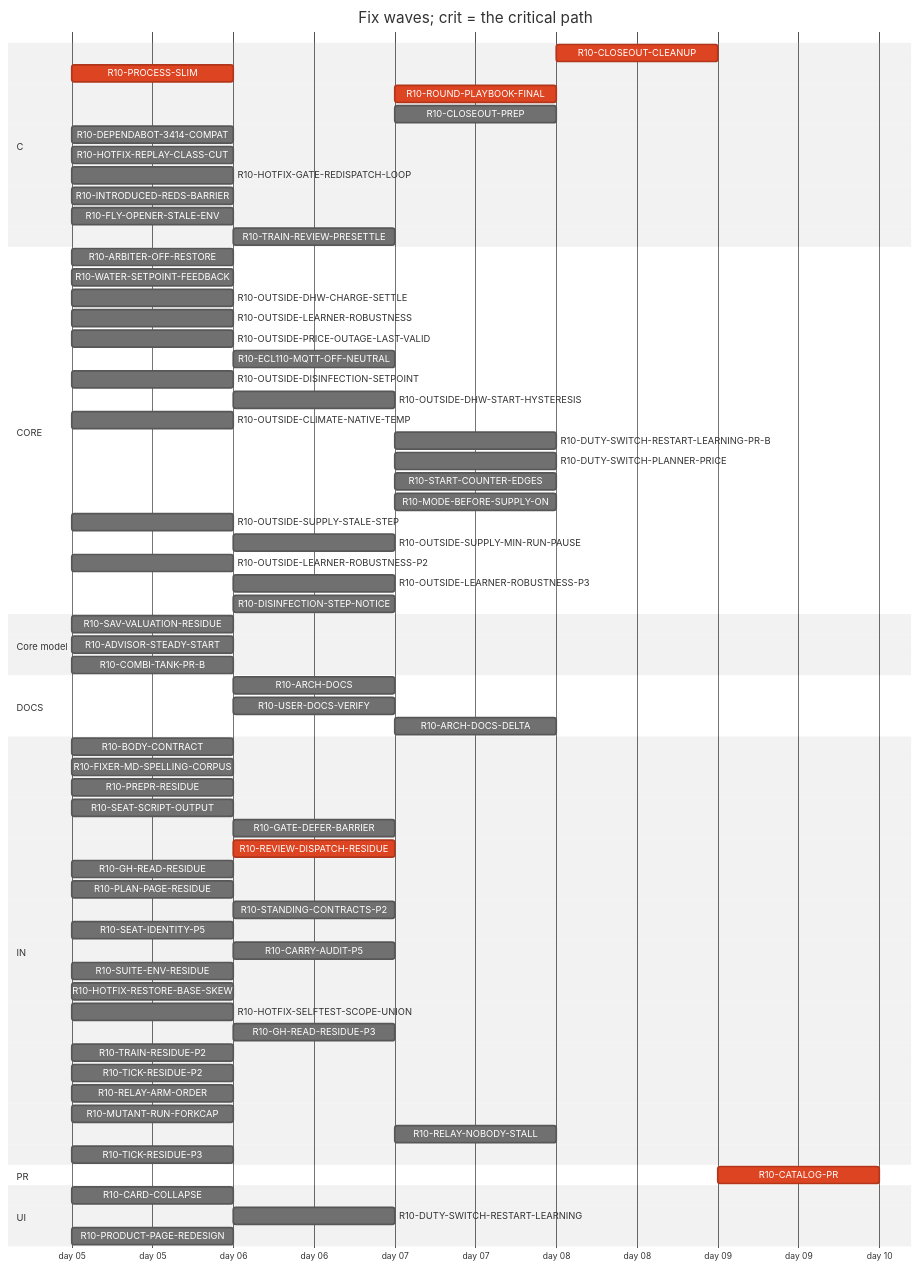
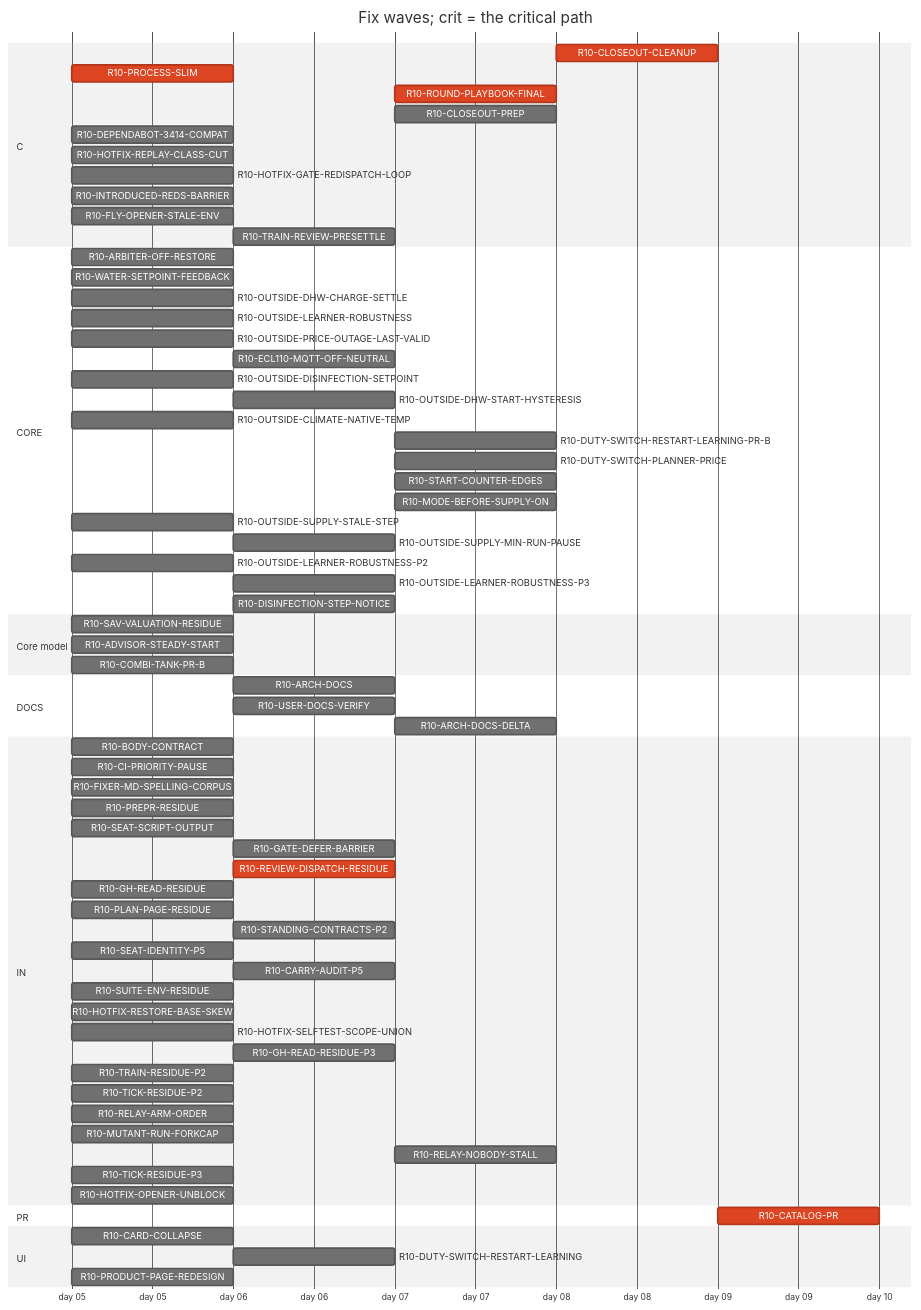
The diagram in handoff/round10/state/PLAN-TABLE.md (tvofi/heatpump_optimizer), drawn with Mermaid (neutral theme) before and after one commit. The commit also changed other lines of this file and 4 other files, not shown here.

Commit message:
state: FLOW-BOARD.md, NEXT-SESSION-PROMPT.md, PLAN-TABLE.md, PLAN.html, RESUME-CURRENT.md regenerated (state_docs.py)

````diff
--- a/handoff/round10/state/PLAN-TABLE.md
+++ b/handoff/round10/state/PLAN-TABLE.md
@@ -20,72 +20,74 @@
 ```mermaid
 gantt
   title Fix waves; crit = the critical path
   dateFormat YYYY-MM-DD
   axisFormat day %d
   section C
     R10-CLOSEOUT-CLEANUP :crit, r10CLOSEOUTCLEANUP, after r10ARCHDOCS r10USERDOCSVERIFY r10ROUNDPLAYBOOKFINAL r10CLOSEOUTPREP r10ARCHDOCSDELTA, 1d
     R10-PROCESS-SLIM :crit, r10PROCESSSLIM, 2026-01-05, 1d
     R10-ROUND-PLAYBOOK-FINAL :crit, r10ROUNDPLAYBOOKFINAL, after r10BODYCONTRACT r10PROCESSSLIM r10FIXERMDSPELLINGCORPUS r10PREPRRESIDUE r10SEATSCRIPTOUTPUT r10REVIEWDISPATCHRESIDUE r10CARRYAUDITP5 r10SEATIDENTITYP5 r10STANDINGCONTRACTSP2 r10PLANPAGERESIDUE r10GHREADRESIDUE r10SUITEENVRESIDUE r10GATEDEFERBARRIER, 1d
     R10-CLOSEOUT-PREP :r10CLOSEOUTPREP, after r10ARCHDOCS r10BODYCONTRACT r10PROCESSSLIM r10FIXERMDSPELLINGCORPUS r10PREPRRESIDUE r10SEATSCRIPTOUTPUT r10REVIEWDISPATCHRESIDUE r10CARRYAUDITP5 r10SEATIDENTITYP5 r10STANDINGCONTRACTSP2 r10PLANPAGERESIDUE r10GHREADRESIDUE r10SUITEENVRESIDUE r10GATEDEFERBARRIER, 1d
     R10-DEPENDABOT-3414-COMPAT :r10DEPENDABOT3414COMPAT, 2026-01-05, 1d
     R10-HOTFIX-REPLAY-CLASS-CUT :r10HOTFIXREPLAYCLASSCUT, 2026-01-05, 1d
     R10-HOTFIX-GATE-REDISPATCH-LOOP :r10HOTFIXGATEREDISPATCHLOOP, 2026-01-05, 1d
     R10-INTRODUCED-REDS-BARRIER :r10INTRODUCEDREDSBARRIER, 2026-01-05, 1d
     R10-FLY-OPENER-STALE-ENV :r10FLYOPENERSTALEENV, 2026-01-05, 1d
     R10-TRAIN-REVIEW-PRESETTLE :r10TRAINREVIEWPRESETTLE, after r10TRAINRESIDUEP2, 1d
   section CORE
     R10-ARBITER-OFF-RESTORE :r10ARBITEROFFRESTORE, 2026-01-05, 1d
     R10-WATER-SETPOINT-FEEDBACK :r10WATERSETPOINTFEEDBACK, 2026-01-05, 1d
     R10-OUTSIDE-DHW-CHARGE-SETTLE :r10OUTSIDEDHWCHARGESETTLE, 2026-01-05, 1d
     R10-OUTSIDE-LEARNER-ROBUSTNESS :r10OUTSIDELEARNERROBUSTNESS, 2026-01-05, 1d
     R10-OUTSIDE-PRICE-OUTAGE-LAST-VALID :r10OUTSIDEPRICEOUTAGELASTVALID, 2026-01-05, 1d
     R10-ECL110-MQTT-OFF-NEUTRAL :r10ECL110MQTTOFFNEUTRAL, after r10ARBITEROFFRESTORE, 1d
     R10-OUTSIDE-DISINFECTION-SETPOINT :r10OUTSIDEDISINFECTIONSETPOINT, 2026-01-05, 1d
     R10-OUTSIDE-DHW-START-HYSTERESIS :r10OUTSIDEDHWSTARTHYSTERESIS, after r10OUTSIDEDISINFECTIONSETPOINT, 1d
     R10-OUTSIDE-CLIMATE-NATIVE-TEMP :r10OUTSIDECLIMATENATIVETEMP, 2026-01-05, 1d
     R10-DUTY-SWITCH-RESTART-LEARNING-PR-B :r10DUTYSWITCHRESTARTLEARNINGPRB, after r10DUTYSWITCHRESTARTLEARNING, 1d
     R10-DUTY-SWITCH-PLANNER-PRICE :r10DUTYSWITCHPLANNERPRICE, after r10DUTYSWITCHRESTARTLEARNING, 1d
     R10-START-COUNTER-EDGES :r10STARTCOUNTEREDGES, after r10DUTYSWITCHRESTARTLEARNING, 1d
     R10-MODE-BEFORE-SUPPLY-ON :r10MODEBEFORESUPPLYON, after r10DUTYSWITCHRESTARTLEARNING, 1d
     R10-OUTSIDE-SUPPLY-STALE-STEP :r10OUTSIDESUPPLYSTALESTEP, 2026-01-05, 1d
     R10-OUTSIDE-SUPPLY-MIN-RUN-PAUSE :r10OUTSIDESUPPLYMINRUNPAUSE, after r10OUTSIDESUPPLYSTALESTEP, 1d
     R10-OUTSIDE-LEARNER-ROBUSTNESS-P2 :r10OUTSIDELEARNERROBUSTNESSP2, 2026-01-05, 1d
     R10-OUTSIDE-LEARNER-ROBUSTNESS-P3 :r10OUTSIDELEARNERROBUSTNESSP3, after r10OUTSIDELEARNERROBUSTNESS r10OUTSIDELEARNERROBUSTNESSP2, 1d
     R10-DISINFECTION-STEP-NOTICE :r10DISINFECTIONSTEPNOTICE, after r10OUTSIDEDISINFECTIONSETPOINT, 1d
   section Core model
     R10-SAV-VALUATION-RESIDUE :r10SAVVALUATIONRESIDUE, 2026-01-05, 1d
     R10-ADVISOR-STEADY-START :r10ADVISORSTEADYSTART, 2026-01-05, 1d
     R10-COMBI-TANK-PR-B :r10COMBITANKPRB, 2026-01-05, 1d
   section DOCS
     R10-ARCH-DOCS :r10ARCHDOCS, after r10BODYCONTRACT r10PROCESSSLIM, 1d
     R10-USER-DOCS-VERIFY :r10USERDOCSVERIFY, after r10ARBITEROFFRESTORE r10PRODUCTPAGEREDESIGN, 1d
     R10-ARCH-DOCS-DELTA :r10ARCHDOCSDELTA, after r10ARCHDOCS r10ARBITEROFFRESTORE r10SAVVALUATIONRESIDUE r10ADVISORSTEADYSTART r10COMBITANKPRB, 1d
   section IN
     R10-BODY-CONTRACT :r10BODYCONTRACT, 2026-01-05, 1d
+    R10-CI-PRIORITY-PAUSE :r10CIPRIORITYPAUSE, 2026-01-05, 1d
     R10-FIXER-MD-SPELLING-CORPUS :r10FIXERMDSPELLINGCORPUS, 2026-01-05, 1d
     R10-PREPR-RESIDUE :r10PREPRRESIDUE, 2026-01-05, 1d
     R10-SEAT-SCRIPT-OUTPUT :r10SEATSCRIPTOUTPUT, 2026-01-05, 1d
     R10-GATE-DEFER-BARRIER :r10GATEDEFERBARRIER, after r10HOTFIXGATEREDISPATCHLOOP, 1d
     R10-REVIEW-DISPATCH-RESIDUE :crit, r10REVIEWDISPATCHRESIDUE, after r10PROCESSSLIM, 1d
     R10-GH-READ-RESIDUE :r10GHREADRESIDUE, 2026-01-05, 1d
     R10-PLAN-PAGE-RESIDUE :r10PLANPAGERESIDUE, 2026-01-05, 1d
     R10-STANDING-CONTRACTS-P2 :r10STANDINGCONTRACTSP2, after r10FIXERMDSPELLINGCORPUS, 1d
     R10-SEAT-IDENTITY-P5 :r10SEATIDENTITYP5, 2026-01-05, 1d
     R10-CARRY-AUDIT-P5 :r10CARRYAUDITP5, after r10BODYCONTRACT, 1d
     R10-SUITE-ENV-RESIDUE :r10SUITEENVRESIDUE, 2026-01-05, 1d
     R10-HOTFIX-RESTORE-BASE-SKEW :r10HOTFIXRESTOREBASESKEW, 2026-01-05, 1d
     R10-HOTFIX-SELFTEST-SCOPE-UNION :r10HOTFIXSELFTESTSCOPEUNION, 2026-01-05, 1d
     R10-GH-READ-RESIDUE-P3 :r10GHREADRESIDUEP3, after r10GHREADRESIDUE, 1d
     R10-TRAIN-RESIDUE-P2 :r10TRAINRESIDUEP2, 2026-01-05, 1d
     R10-TICK-RESIDUE-P2 :r10TICKRESIDUEP2, 2026-01-05, 1d
     R10-RELAY-ARM-ORDER :r10RELAYARMORDER, 2026-01-05, 1d
     R10-MUTANT-RUN-FORKCAP :r10MUTANTRUNFORKCAP, 2026-01-05, 1d
     R10-RELAY-NOBODY-STALL :r10RELAYNOBODYSTALL, after r10RELAYARMORDER r10REVIEWDISPATCHRESIDUE, 1d
     R10-TICK-RESIDUE-P3 :r10TICKRESIDUEP3, 2026-01-05, 1d
+    R10-HOTFIX-OPENER-UNBLOCK :r10HOTFIXOPENERUNBLOCK, 2026-01-05, 1d
   section PR
     R10-CATALOG-PR :crit, r10CATALOGPR, after r10USERDOCSVERIFY r10ARCHDOCS r10ROUNDPLAYBOOKFINAL r10CLOSEOUTCLEANUP r10CLOSEOUTPREP r10ARCHDOCSDELTA, 1d
   section UI
     R10-CARD-COLLAPSE :r10CARDCOLLAPSE, 2026-01-05, 1d
     R10-DUTY-SWITCH-RESTART-LEARNING :r10DUTYSWITCHRESTARTLEARNING, after r10WATERSETPOINTFEEDBACK, 1d
     R10-PRODUCT-PAGE-REDESIGN :r10PRODUCTPAGEREDESIGN, 2026-01-05, 1d
 ```
````
